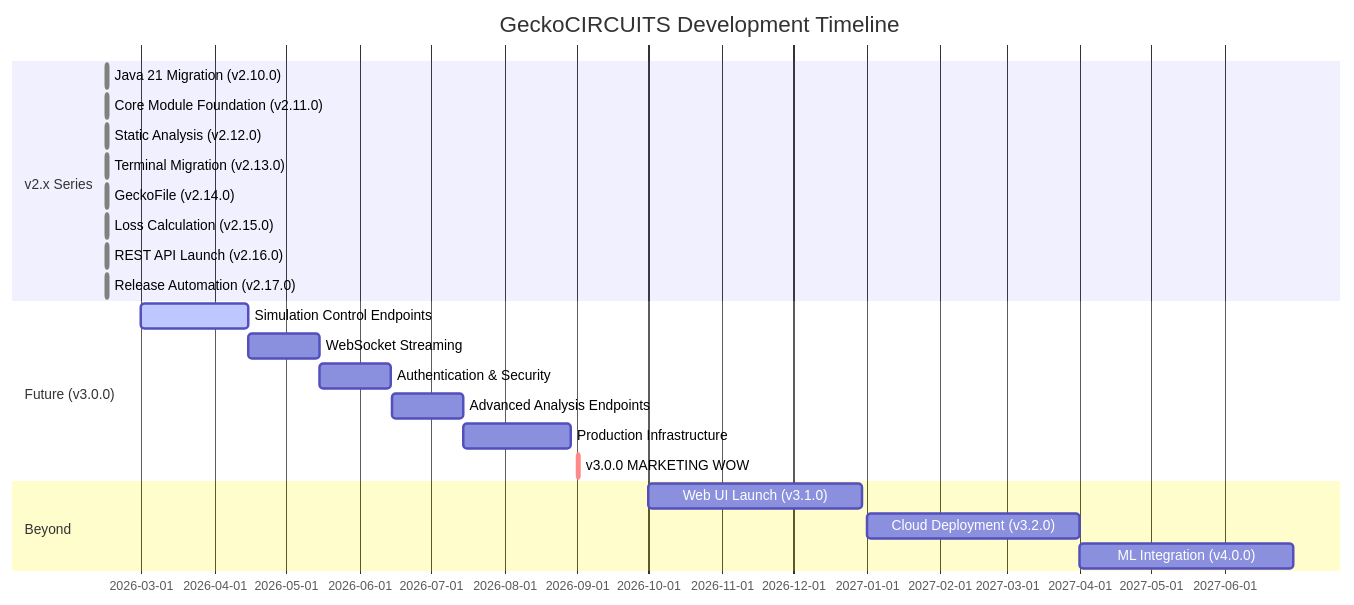
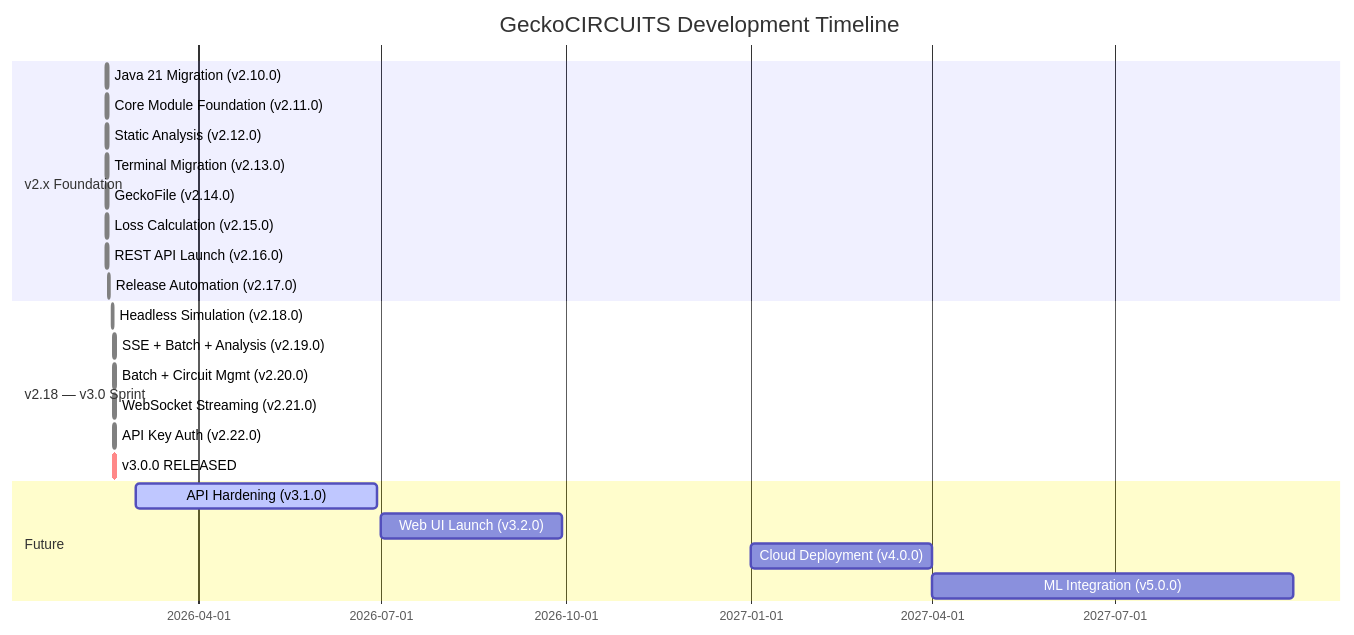
Before and after one commit to geckocircuits/GeckoCIRCUITS: the diagram in docs/roadmap.md, drawn with Mermaid. The commit also changed other lines of this file and 6 other files, not shown here.

First line of the commit message:
docs: sync docs to current state, merge roadmap, add GitHub issues

````diff
--- a/docs/roadmap.md
+++ b/docs/roadmap.md
@@ -17,27 +22,28 @@
 ```mermaid
 gantt
     title GeckoCIRCUITS Development Timeline
     dateFormat YYYY-MM-DD
-    section v2.x Series
+    section v2.x Foundation
     Java 21 Migration (v2.10.0)       :done, 2026-02-14, 1d
     Core Module Foundation (v2.11.0)  :done, 2026-02-14, 1d
     Static Analysis (v2.12.0)         :done, 2026-02-14, 1d
     Terminal Migration (v2.13.0)      :done, 2026-02-14, 1d
     GeckoFile (v2.14.0)               :done, 2026-02-14, 1d
     Loss Calculation (v2.15.0)        :done, 2026-02-14, 1d
     REST API Launch (v2.16.0)         :done, 2026-02-14, 1d
-    Release Automation (v2.17.0)      :done, 2026-02-14, 1d
+    Release Automation (v2.17.0)      :done, 2026-02-15, 1d
 
-    section Future (v3.0.0)
-    Simulation Control Endpoints      :active, 2026-03-01, 45d
-    WebSocket Streaming              :       2026-04-15, 30d
-    Authentication & Security        :       2026-05-15, 30d
-    Advanced Analysis Endpoints      :       2026-06-15, 30d
-    Production Infrastructure        :       2026-07-15, 45d
-    v3.0.0 MARKETING WOW            :crit,   2026-09-01, 1d
+    section v2.18 — v3.0 Sprint
+    Headless Simulation (v2.18.0)     :done, 2026-02-17, 1d
+    SSE + Batch + Analysis (v2.19.0)  :done, 2026-02-18, 1d
+    Batch + Circuit Mgmt (v2.20.0)    :done, 2026-02-18, 1d
+    WebSocket Streaming (v2.21.0)     :done, 2026-02-18, 1d
+    API Key Auth (v2.22.0)            :done, 2026-02-18, 1d
+    v3.0.0 RELEASED                   :crit, done, 2026-02-18, 1d
 
-    section Beyond
-    Web UI Launch (v3.1.0)          :       2026-10-01, 90d
-    Cloud Deployment (v3.2.0)       :       2027-01-01, 90d
-    ML Integration (v4.0.0)         :       2027-04-01, 90d
+    section Future
+    API Hardening (v3.1.0)            :active, 2026-03-01, 120d
+    Web UI Launch (v3.2.0)            :       2026-07-01, 90d
+    Cloud Deployment (v4.0.0)         :       2027-01-01, 90d
+    ML Integration (v5.0.0)           :       2027-04-01, 180d
 ```
````
